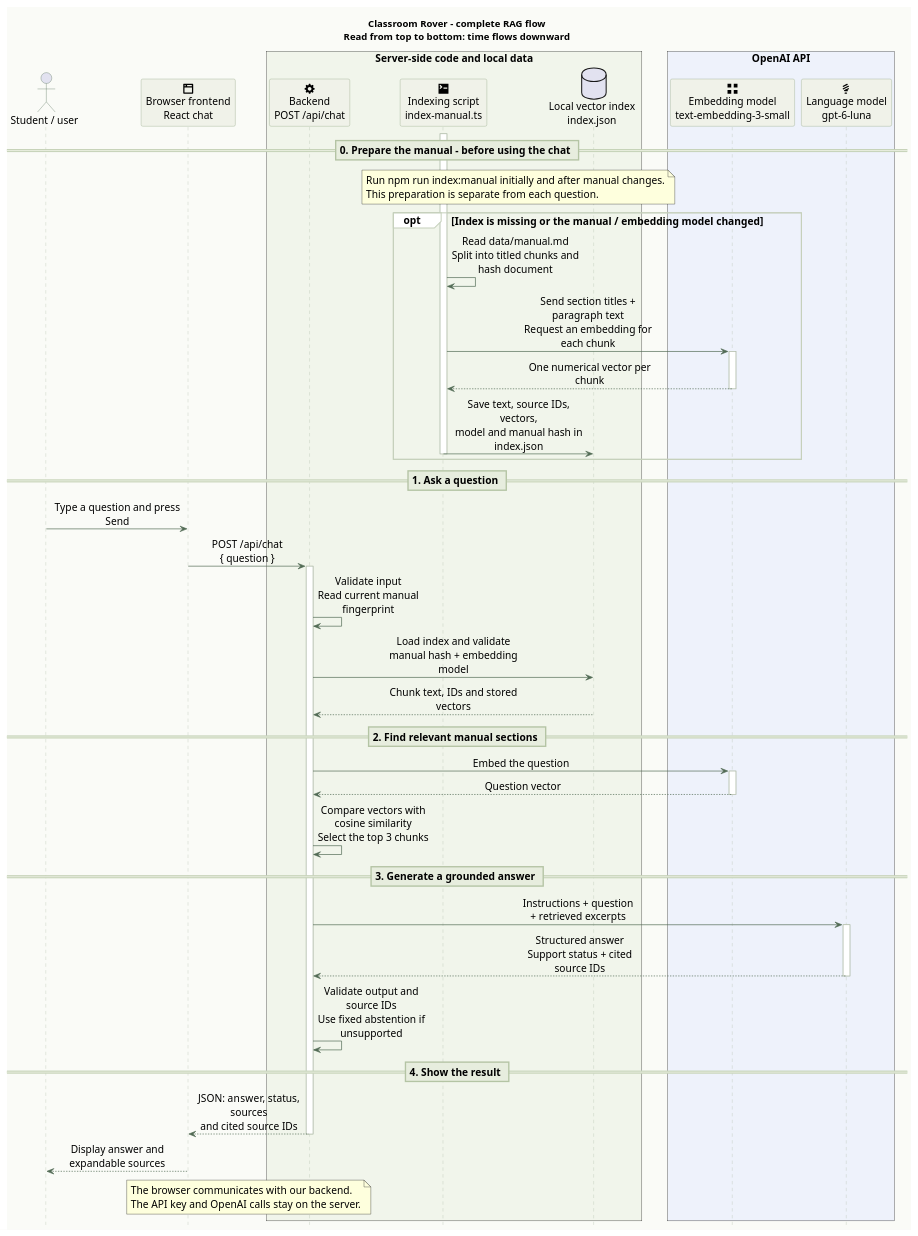
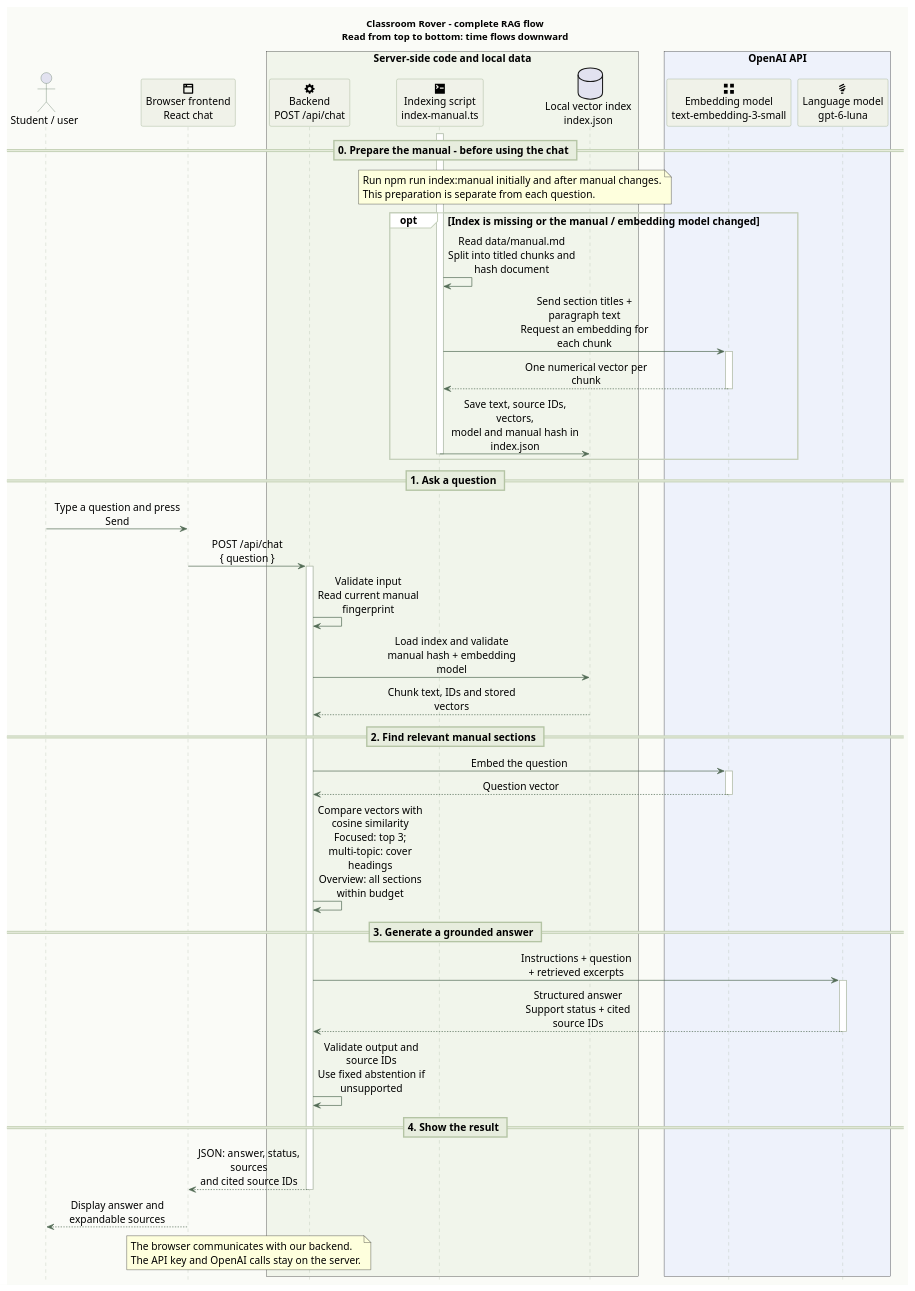
The diagram in docs/architecture.puml (vstrah00/robot-manual-rag), drawn with PlantUML before and after one commit. The commit also changed 20 other files, not shown here.

Commit message:
Improve multi-topic retrieval coverage and grounding evaluation

```diff
--- a/docs/architecture.puml
+++ b/docs/architecture.puml
@@ -1,87 +1,87 @@
 @startuml
 title Classroom Rover - complete RAG flow\nRead from top to bottom: time flows downward
 skinparam backgroundColor #FAFBF7
 skinparam shadowing false
 skinparam defaultFontName Arial
 skinparam defaultFontSize 15
 <style>
 participant {
   Padding 26
 }
 </style>
 skinparam BoxPadding 18
 skinparam sequenceMessageAlign center
 skinparam responseMessageBelowArrow true
 skinparam maxMessageSize 190
 skinparam sequence {
   ArrowColor #526B55
   LifeLineBorderColor #B3BEAC
   ParticipantBackgroundColor #F0F2E9
   ParticipantBorderColor #8DA17E
   ActorBorderColor #526B55
   GroupBackgroundColor #FFFFFF
   GroupBorderColor #C5D0BB
   DividerBackgroundColor #E7EDDE
   DividerBorderColor #B4C4A4
 }
 hide footbox
 actor "Student / user" as user
 participant "<size:22><&browser></size>\nBrowser frontend\nReact chat" as frontend
 box "Server-side code and local data" #F1F5EB
   participant "<size:22><&cog></size>\nBackend\nPOST /api/chat" as backend
   participant "<size:22><&terminal></size>\nIndexing script\nindex-manual.ts" as indexing
   database "Local vector index\nindex.json" as index
 end box
 box "OpenAI API" #EEF2FB
   participant "<size:22><&grid-two-up></size>\nEmbedding model\ntext-embedding-3-small" as embedding
   participant "<size:22><&lightbulb></size>\nLanguage model\ngpt-6-luna" as llm
 end box
 
 == 0. Prepare the manual - before using the chat ==
 note over indexing,index
   Run npm run index:manual initially and after manual changes.
   This preparation is separate from each question.
 end note
 opt Index is missing or the manual / embedding model changed
   activate indexing
   indexing -> indexing : Read data/manual.md\nSplit into titled chunks and hash document
   indexing -> embedding : Send section titles + paragraph text\nRequest an embedding for each chunk
   activate embedding
   embedding --> indexing : One numerical vector per chunk
   deactivate embedding
   indexing -> index : Save text, source IDs, vectors,\nmodel and manual hash in index.json
   deactivate indexing
 end
 
 == 1. Ask a question ==
 user -> frontend : Type a question and press Send
 frontend -> backend : POST /api/chat\n{ question }
 activate backend
 backend -> backend : Validate input\nRead current manual fingerprint
 backend -> index : Load index and validate\nmanual hash + embedding model
 index --> backend : Chunk text, IDs and stored vectors
 
 == 2. Find relevant manual sections ==
 backend -> embedding : Embed the question
 activate embedding
 embedding --> backend : Question vector
 deactivate embedding
-backend -> backend : Compare vectors with cosine similarity\nSelect the top 3 chunks
+backend -> backend : Compare vectors with cosine similarity\nFocused: top 3; multi-topic: cover headings\nOverview: all sections within budget
 
 == 3. Generate a grounded answer ==
 backend -> llm : Instructions + question\n+ retrieved excerpts
 activate llm
 llm --> backend : Structured answer\nSupport status + cited source IDs
 deactivate llm
 backend -> backend : Validate output and source IDs\nUse fixed abstention if unsupported
 
 == 4. Show the result ==
 backend --> frontend : JSON: answer, status, sources\nand cited source IDs
 deactivate backend
 frontend --> user : Display answer and expandable sources
 
 note over frontend,backend
   The browser communicates with our backend.
   The API key and OpenAI calls stay on the server.
 end note
 @enduml
```
